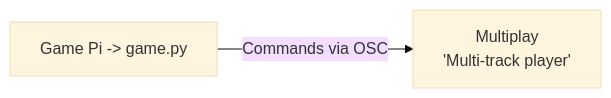
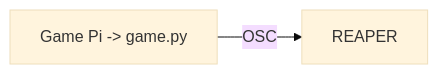
One commit to JoashYeoh/EGL314_Team-A changed the fifth of 7 diagrams in MVP/docs/architecture.md. Above: the diagram before and after it, drawn with Mermaid (base theme). The commit also changed other lines of this file and 17 other files, not shown here.

````diff
--- a/MVP/docs/architecture.md
+++ b/MVP/docs/architecture.md
@@ -51,5 +53,4 @@
 ```mermaid
 flowchart LR
-    C[Game Pi -> game.py] -->|Commands via OSC| E[Multiplay
-    'Multi-track player']
+    C[Game Pi -> game.py] -->|OSC| D[REAPER]
 ```
````
